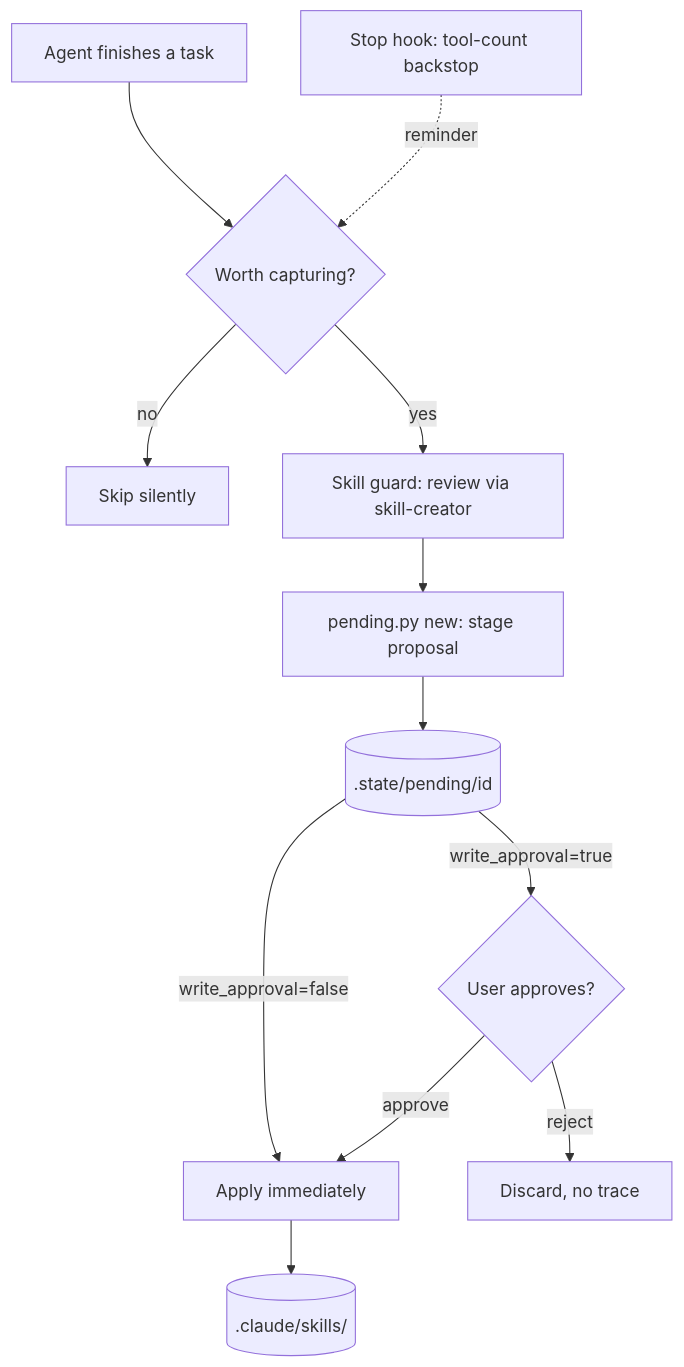
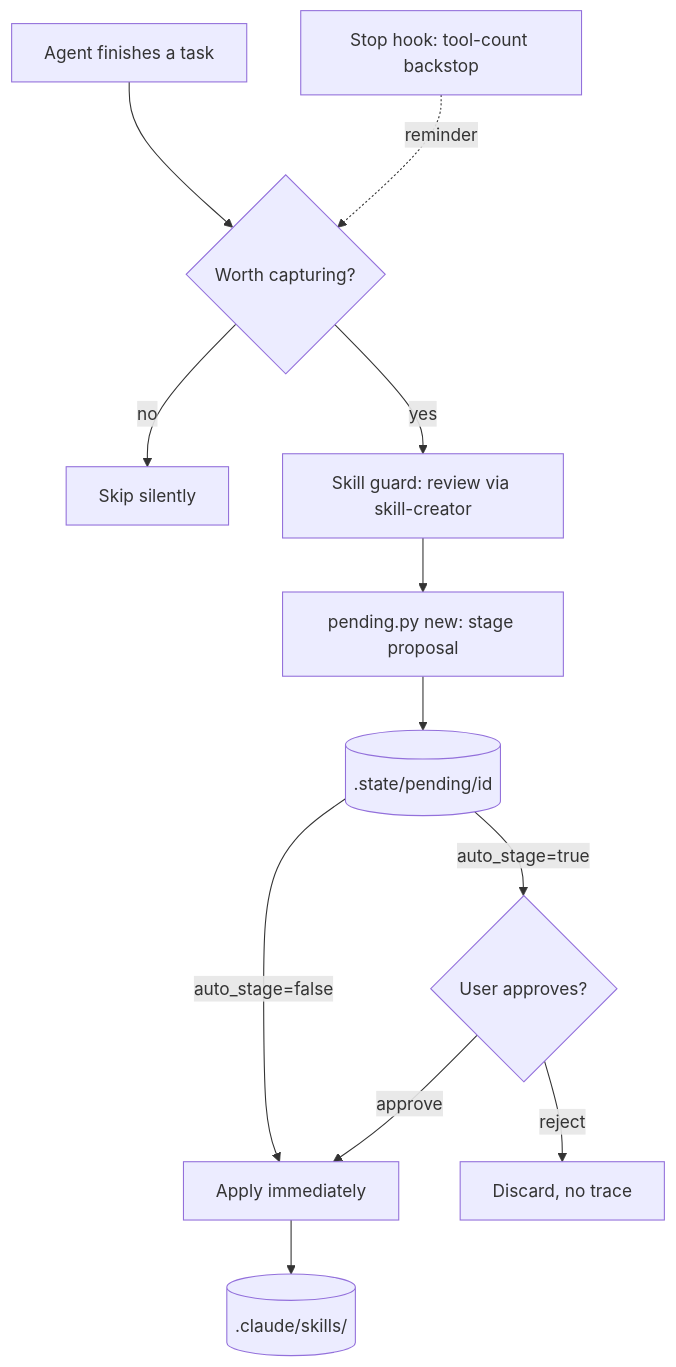
The diagram in README.md (wagner-sousa/autodidact), drawn with Mermaid before and after one commit. The commit also changed other lines of this file and 10 other files, not shown here.

First line of the commit message:
Migrate hook scripts to Python, unify auto_stage config

````diff
--- a/README.md
+++ b/README.md
@@ -212,14 +211,14 @@
 ```mermaid
 graph TB
     Task[Agent finishes a task] --> Judge{Worth capturing?}
     Hook[Stop hook: tool-count backstop] -.reminder.-> Judge
     Judge -- no --> Skip[Skip silently]
     Judge -- yes --> Guard[Skill guard: review via skill-creator]
     Guard --> Stage[pending.py new: stage proposal]
     Stage --> Queue[(.state/pending/id)]
-    Queue -- write_approval=false --> Apply[Apply immediately]
-    Queue -- write_approval=true --> Review{User approves?}
+    Queue -- auto_stage=false --> Apply[Apply immediately]
+    Queue -- auto_stage=true --> Review{User approves?}
     Review -- approve <id> --> Apply
     Review -- reject <id> --> Discard[Discard, no trace]
     Apply --> Skills[(.claude/skills/)]
 ```
````
